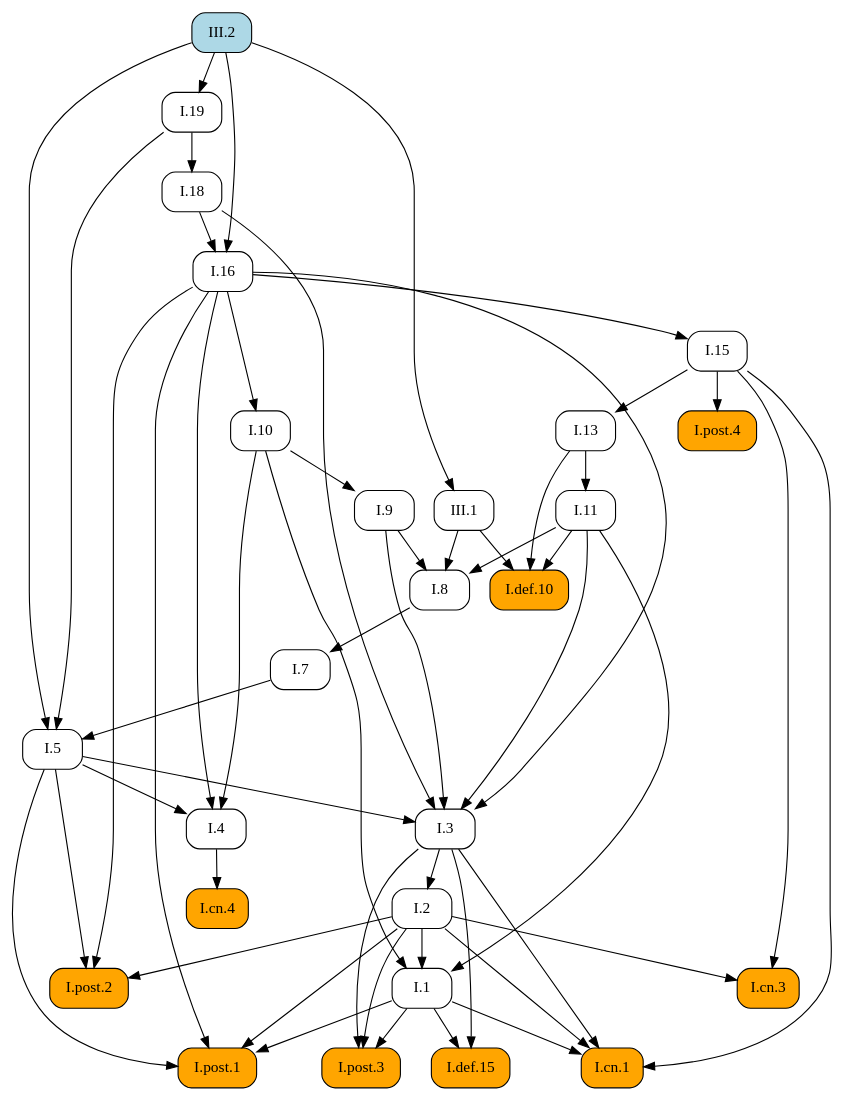
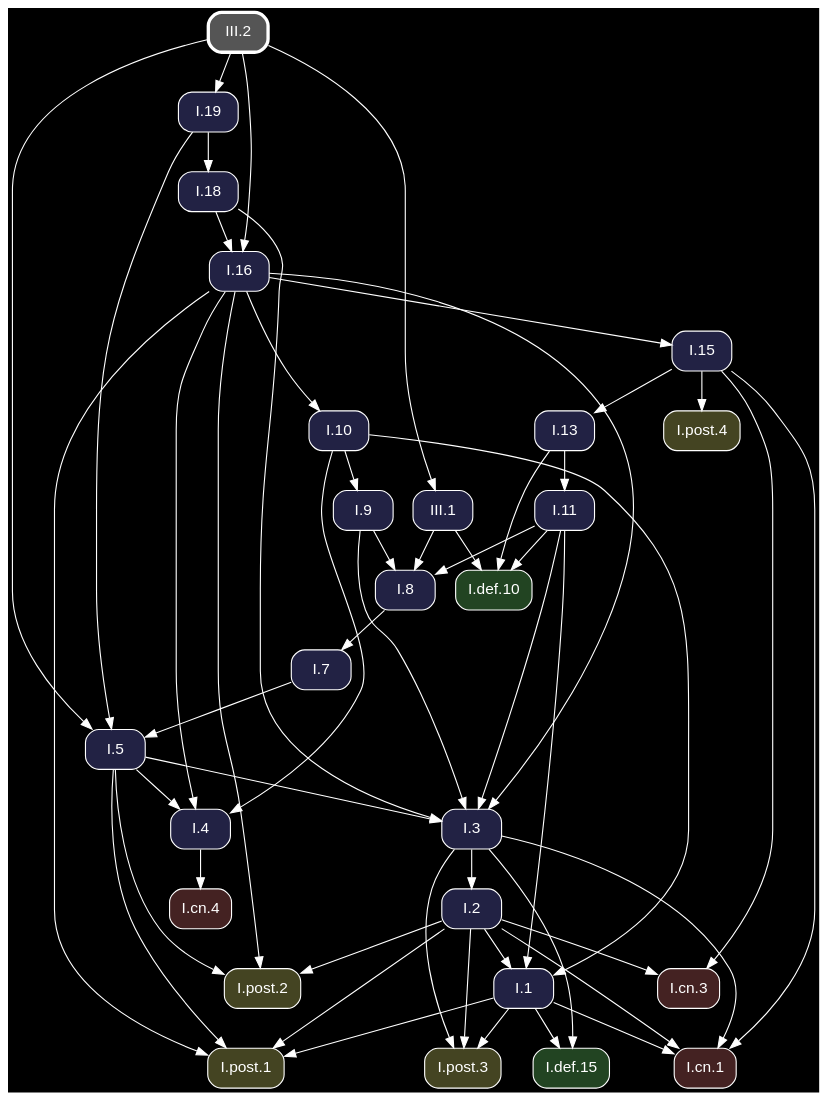
One commit to geometor/elements changed the diagram in docsrc/heath/III/2/index.rst. Above: the diagram before and after it, drawn with Graphviz. The commit also changed other lines of this file and 1200 other files, not shown here.

Commit message:
update dependency graphs

```diff
--- a/docsrc/heath/III/2/index.rst
+++ b/docsrc/heath/III/2/index.rst
@@ -83,84 +83,86 @@
 .. graphviz::
 
    digraph {
+     bgcolor="black";
+     node [shape=box, style="rounded,filled", fontname="Helvetica", color="white", fontcolor="white"];
+     edge [color="white", fontcolor="white"];
      rankdir="TB";
-     node [shape=box, style=rounded];
-     "I.9" [URL="/heath/I/9/", target="_top"];
-     "I.cn.1" [style="rounded,filled", fillcolor=orange, URL="/heath/I/cn.1/", target="_top"];
-     "I.7" [URL="/heath/I/7/", target="_top"];
-     "I.2" [URL="/heath/I/2/", target="_top"];
-     "I.def.15" [style="rounded,filled", fillcolor=orange, URL="/heath/I/def.15/", target="_top"];
-     "III.2" [style="rounded,filled", fillcolor=lightblue, URL="/heath/III/2/", target="_top"];
-     "I.13" [URL="/heath/I/13/", target="_top"];
-     "I.post.4" [style="rounded,filled", fillcolor=orange, URL="/heath/I/post.4/", target="_top"];
-     "I.4" [URL="/heath/I/4/", target="_top"];
-     "I.1" [URL="/heath/I/1/", target="_top"];
-     "I.post.3" [style="rounded,filled", fillcolor=orange, URL="/heath/I/post.3/", target="_top"];
-     "III.1" [URL="/heath/III/1/", target="_top"];
-     "I.post.1" [style="rounded,filled", fillcolor=orange, URL="/heath/I/post.1/", target="_top"];
-     "I.19" [URL="/heath/I/19/", target="_top"];
-     "I.5" [URL="/heath/I/5/", target="_top"];
-     "I.8" [URL="/heath/I/8/", target="_top"];
-     "I.cn.3" [style="rounded,filled", fillcolor=orange, URL="/heath/I/cn.3/", target="_top"];
-     "I.16" [URL="/heath/I/16/", target="_top"];
-     "I.def.10" [style="rounded,filled", fillcolor=orange, URL="/heath/I/def.10/", target="_top"];
-     "I.18" [URL="/heath/I/18/", target="_top"];
-     "I.15" [URL="/heath/I/15/", target="_top"];
-     "I.10" [URL="/heath/I/10/", target="_top"];
-     "I.11" [URL="/heath/I/11/", target="_top"];
-     "I.cn.4" [style="rounded,filled", fillcolor=orange, URL="/heath/I/cn.4/", target="_top"];
-     "I.post.2" [style="rounded,filled", fillcolor=orange, URL="/heath/I/post.2/", target="_top"];
-     "I.3" [URL="/heath/I/3/", target="_top"];
-     "I.10" -> "I.9";
-     "I.1" -> "I.cn.1";
-     "I.2" -> "I.cn.1";
-     "I.3" -> "I.cn.1";
-     "I.15" -> "I.cn.1";
-     "I.8" -> "I.7";
-     "I.3" -> "I.2";
-     "I.1" -> "I.def.15";
-     "I.3" -> "I.def.15";
-     "I.15" -> "I.13";
-     "I.15" -> "I.post.4";
-     "I.5" -> "I.4";
-     "I.10" -> "I.4";
-     "I.16" -> "I.4";
-     "I.2" -> "I.1";
-     "I.10" -> "I.1";
-     "I.11" -> "I.1";
-     "I.1" -> "I.post.3";
-     "I.2" -> "I.post.3";
-     "I.3" -> "I.post.3";
-     "III.2" -> "III.1";
-     "I.1" -> "I.post.1";
-     "I.2" -> "I.post.1";
-     "I.5" -> "I.post.1";
-     "I.16" -> "I.post.1";
-     "III.2" -> "I.19";
-     "I.7" -> "I.5";
-     "I.19" -> "I.5";
-     "III.2" -> "I.5";
-     "I.9" -> "I.8";
-     "I.11" -> "I.8";
-     "III.1" -> "I.8";
-     "I.2" -> "I.cn.3";
-     "I.15" -> "I.cn.3";
-     "I.18" -> "I.16";
-     "III.2" -> "I.16";
-     "I.11" -> "I.def.10";
-     "I.13" -> "I.def.10";
-     "III.1" -> "I.def.10";
-     "I.19" -> "I.18";
-     "I.16" -> "I.15";
-     "I.16" -> "I.10";
-     "I.13" -> "I.11";
-     "I.4" -> "I.cn.4";
-     "I.2" -> "I.post.2";
-     "I.5" -> "I.post.2";
-     "I.16" -> "I.post.2";
+     "I.3" [fillcolor="#222244", URL="/heath/I/3/", target="_top"];
+     "I.post.1" [fillcolor="#444422", URL="/heath/I/post.1/", target="_top"];
+     "I.cn.1" [fillcolor="#442222", URL="/heath/I/cn.1/", target="_top"];
+     "I.19" [fillcolor="#222244", URL="/heath/I/19/", target="_top"];
+     "I.def.10" [fillcolor="#224422", URL="/heath/I/def.10/", target="_top"];
+     "I.15" [fillcolor="#222244", URL="/heath/I/15/", target="_top"];
+     "III.2" [penwidth=3, color="white", fillcolor="#555555", URL="/heath/III/2/", target="_top"];
+     "I.11" [fillcolor="#222244", URL="/heath/I/11/", target="_top"];
+     "I.16" [fillcolor="#222244", URL="/heath/I/16/", target="_top"];
+     "I.cn.3" [fillcolor="#442222", URL="/heath/I/cn.3/", target="_top"];
+     "I.13" [fillcolor="#222244", URL="/heath/I/13/", target="_top"];
+     "I.2" [fillcolor="#222244", URL="/heath/I/2/", target="_top"];
+     "I.post.2" [fillcolor="#444422", URL="/heath/I/post.2/", target="_top"];
+     "III.1" [fillcolor="#222244", URL="/heath/III/1/", target="_top"];
+     "I.cn.4" [fillcolor="#442222", URL="/heath/I/cn.4/", target="_top"];
+     "I.9" [fillcolor="#222244", URL="/heath/I/9/", target="_top"];
+     "I.1" [fillcolor="#222244", URL="/heath/I/1/", target="_top"];
+     "I.post.4" [fillcolor="#444422", URL="/heath/I/post.4/", target="_top"];
+     "I.8" [fillcolor="#222244", URL="/heath/I/8/", target="_top"];
+     "I.4" [fillcolor="#222244", URL="/heath/I/4/", target="_top"];
+     "I.post.3" [fillcolor="#444422", URL="/heath/I/post.3/", target="_top"];
+     "I.18" [fillcolor="#222244", URL="/heath/I/18/", target="_top"];
+     "I.7" [fillcolor="#222244", URL="/heath/I/7/", target="_top"];
+     "I.def.15" [fillcolor="#224422", URL="/heath/I/def.15/", target="_top"];
+     "I.5" [fillcolor="#222244", URL="/heath/I/5/", target="_top"];
+     "I.10" [fillcolor="#222244", URL="/heath/I/10/", target="_top"];
      "I.5" -> "I.3";
      "I.9" -> "I.3";
      "I.11" -> "I.3";
      "I.16" -> "I.3";
      "I.18" -> "I.3";
+     "I.1" -> "I.post.1";
+     "I.2" -> "I.post.1";
+     "I.5" -> "I.post.1";
+     "I.16" -> "I.post.1";
+     "I.1" -> "I.cn.1";
+     "I.2" -> "I.cn.1";
+     "I.3" -> "I.cn.1";
+     "I.15" -> "I.cn.1";
+     "III.2" -> "I.19";
+     "I.11" -> "I.def.10";
+     "I.13" -> "I.def.10";
+     "III.1" -> "I.def.10";
+     "I.16" -> "I.15";
+     "I.13" -> "I.11";
+     "I.18" -> "I.16";
+     "III.2" -> "I.16";
+     "I.2" -> "I.cn.3";
+     "I.15" -> "I.cn.3";
+     "I.15" -> "I.13";
+     "I.3" -> "I.2";
+     "I.2" -> "I.post.2";
+     "I.5" -> "I.post.2";
+     "I.16" -> "I.post.2";
+     "III.2" -> "III.1";
+     "I.4" -> "I.cn.4";
+     "I.10" -> "I.9";
+     "I.2" -> "I.1";
+     "I.10" -> "I.1";
+     "I.11" -> "I.1";
+     "I.15" -> "I.post.4";
+     "I.9" -> "I.8";
+     "I.11" -> "I.8";
+     "III.1" -> "I.8";
+     "I.5" -> "I.4";
+     "I.10" -> "I.4";
+     "I.16" -> "I.4";
+     "I.1" -> "I.post.3";
+     "I.2" -> "I.post.3";
+     "I.3" -> "I.post.3";
+     "I.19" -> "I.18";
+     "I.8" -> "I.7";
+     "I.1" -> "I.def.15";
+     "I.3" -> "I.def.15";
+     "I.7" -> "I.5";
+     "I.19" -> "I.5";
+     "III.2" -> "I.5";
+     "I.16" -> "I.10";
    }
```
